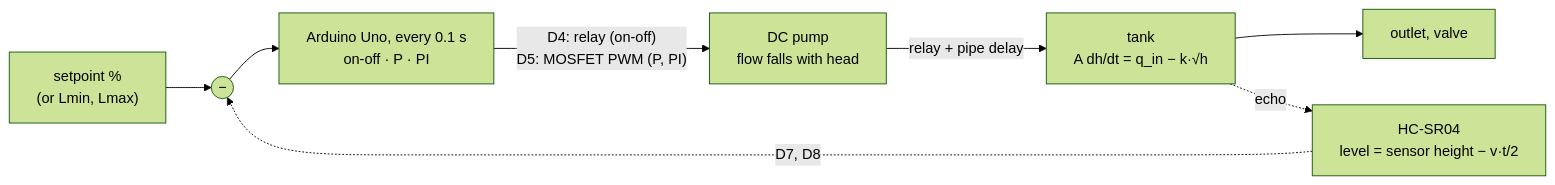
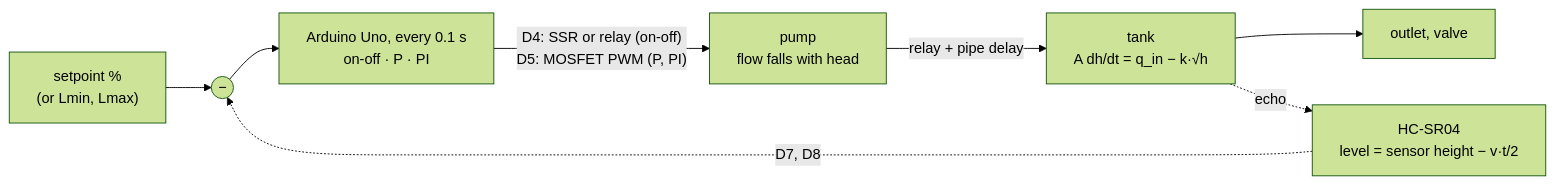
One commit to Samarth030312/arduino-water-level-control-lab changed the first of 2 diagrams in docs/HOW_IT_WORKS.md. Above: the diagram before and after it, drawn with Mermaid (forest theme). The commit also changed 8 other files, not shown here.

````diff
--- a/docs/HOW_IT_WORKS.md
+++ b/docs/HOW_IT_WORKS.md
@@ -8,10 +8,10 @@
 ```mermaid
 flowchart LR
     SP["setpoint %<br/>(or Lmin, Lmax)"] --> E(("−"))
     E --> C["Arduino Uno, every 0.1 s<br/>on-off · P · PI"]
-    C -->|"D4: relay (on-off)<br/>D5: MOSFET PWM (P, PI)"| P["DC pump<br/>flow falls with head"]
+    C -->|"D4: SSR or relay (on-off)<br/>D5: MOSFET PWM (P, PI)"| P["pump<br/>flow falls with head"]
     P -->|"relay + pipe delay"| T["tank<br/>A dh/dt = q_in − k·√h"]
     T --> O["outlet, valve"]
     T -.->|"echo"| S["HC-SR04<br/>level = sensor height − v·t/2"]
     S -.->|"D7, D8"| E
 ```
````
